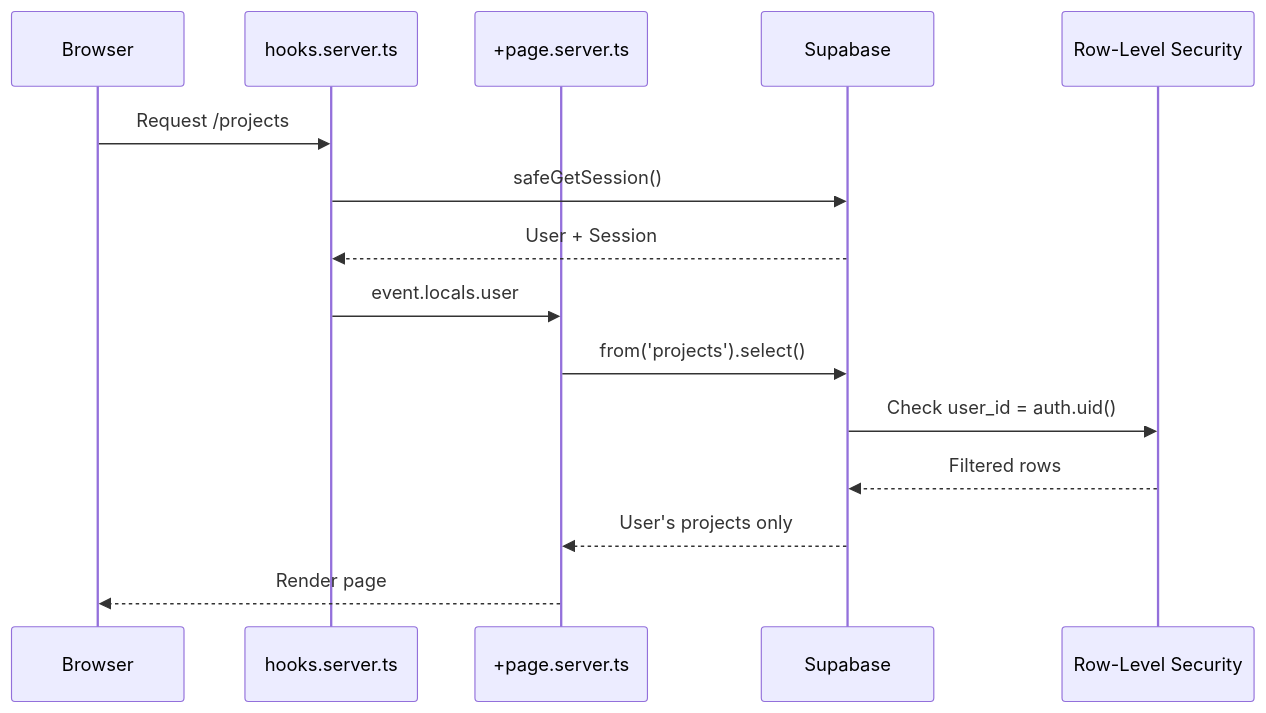
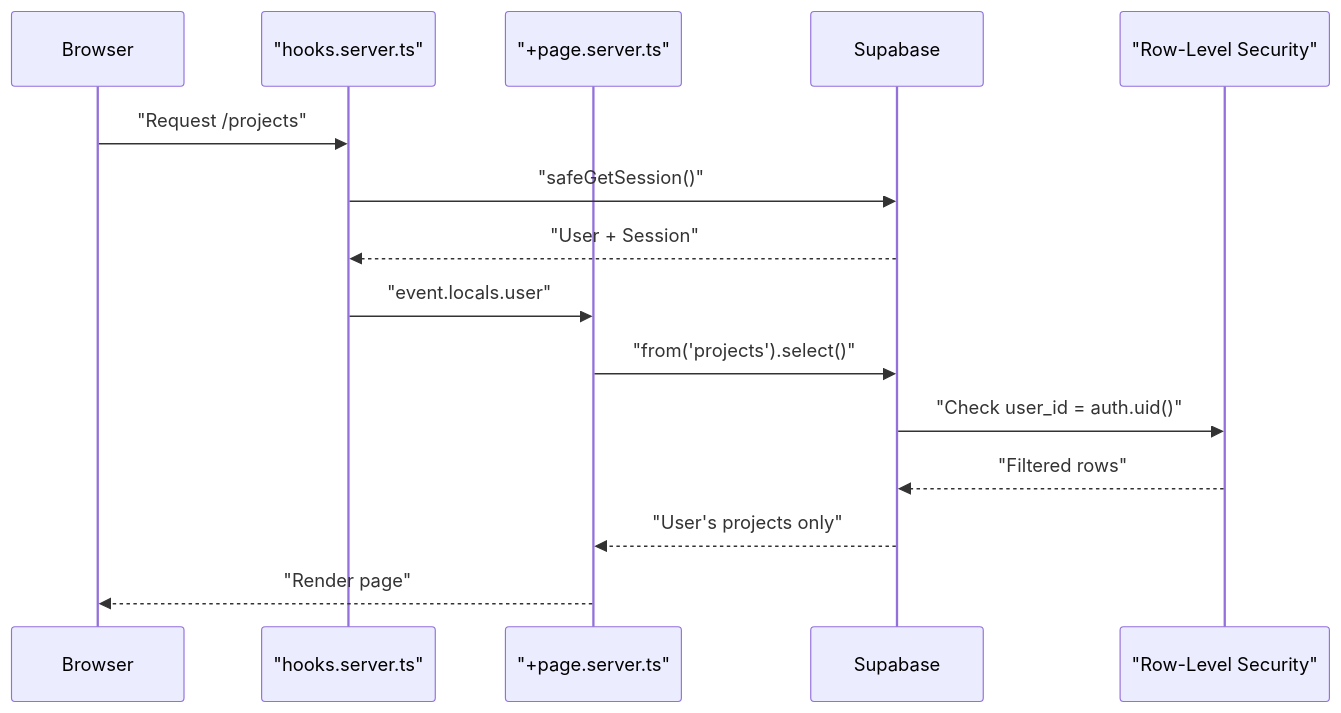
The second of 4 diagrams in README.md (zainulhassan815/sveltekit-supabase), drawn with Mermaid before and after one commit. The commit also changed other lines of this file, not shown here.

Commit message:
Fix Mermaid diagrams by quoting strings with special characters

````diff
--- a/README.md
+++ b/README.md
@@ -46,18 +46,18 @@
 ```mermaid
 sequenceDiagram
     participant Browser
-    participant Hooks as hooks.server.ts
-    participant Load as +page.server.ts
+    participant Hooks as "hooks.server.ts"
+    participant Load as "+page.server.ts"
     participant Supabase
-    participant RLS as Row-Level Security
+    participant RLS as "Row-Level Security"
 
-    Browser->>Hooks: Request /projects
-    Hooks->>Supabase: safeGetSession()
-    Supabase-->>Hooks: User + Session
-    Hooks->>Load: event.locals.user
-    Load->>Supabase: from('projects').select()
-    Supabase->>RLS: Check user_id = auth.uid()
-    RLS-->>Supabase: Filtered rows
-    Supabase-->>Load: User's projects only
-    Load-->>Browser: Render page
+    Browser->>Hooks: "Request /projects"
+    Hooks->>Supabase: "safeGetSession()"
+    Supabase-->>Hooks: "User + Session"
+    Hooks->>Load: "event.locals.user"
+    Load->>Supabase: "from('projects').select()"
+    Supabase->>RLS: "Check user_id = auth.uid()"
+    RLS-->>Supabase: "Filtered rows"
+    Supabase-->>Load: "User's projects only"
+    Load-->>Browser: "Render page"
 ```
````
